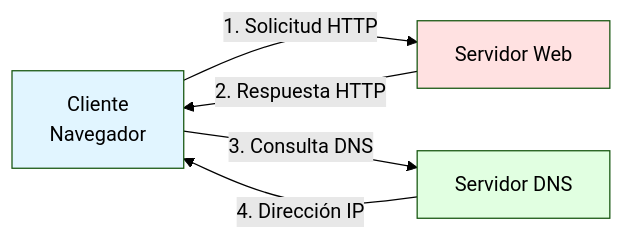
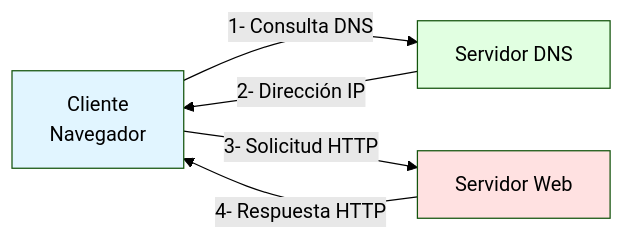
Before and after one commit to untref-edd/apuntes: the first of 3 diagrams in contenidos/3-recuperacion-de-la-informacion/3-4-web-apis.md, drawn with Mermaid (forest theme). The commit also changed other lines of this file and 2 other files, not shown here.

````diff
--- a/contenidos/3-recuperacion-de-la-informacion/3-4-web-apis.md
+++ b/contenidos/3-recuperacion-de-la-informacion/3-4-web-apis.md
@@ -23,11 +23,11 @@
 ```{mermaid}
 flowchart LR
-    A[Cliente<br/>Navegador] -->|1. Solicitud HTTP| B[Servidor Web]
-    B -->|2. Respuesta HTTP| A
-    A -->|3. Consulta DNS| C[Servidor DNS]
-    C -->|4. Dirección IP| A
-    
+    A[Cliente<br/>Navegador] -->|1- Consulta DNS| C[Servidor DNS]
+    C -->|2- Dirección IP| A
+    A -->|3- Solicitud HTTP| B[Servidor Web]
+    B -->|4- Respuesta HTTP| A
+
     style A fill:#e1f5ff
     style B fill:#ffe1e1
     style C fill:#e1ffe1
 ```
````
